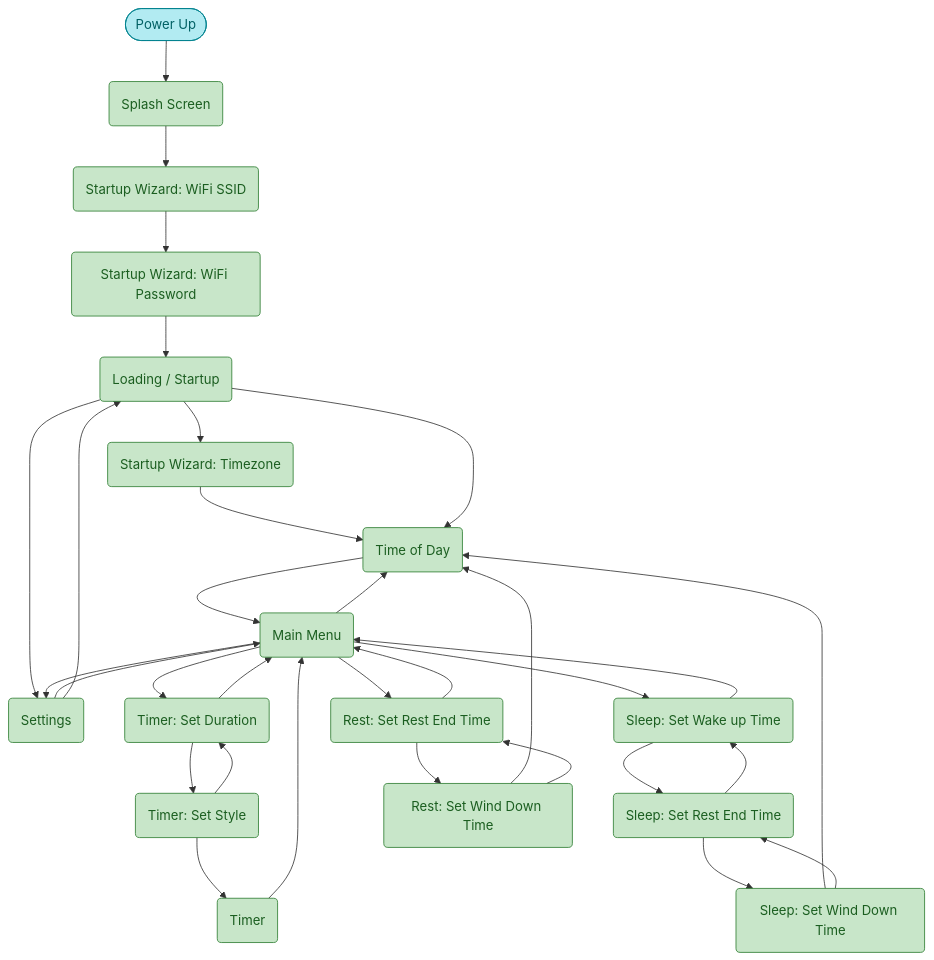
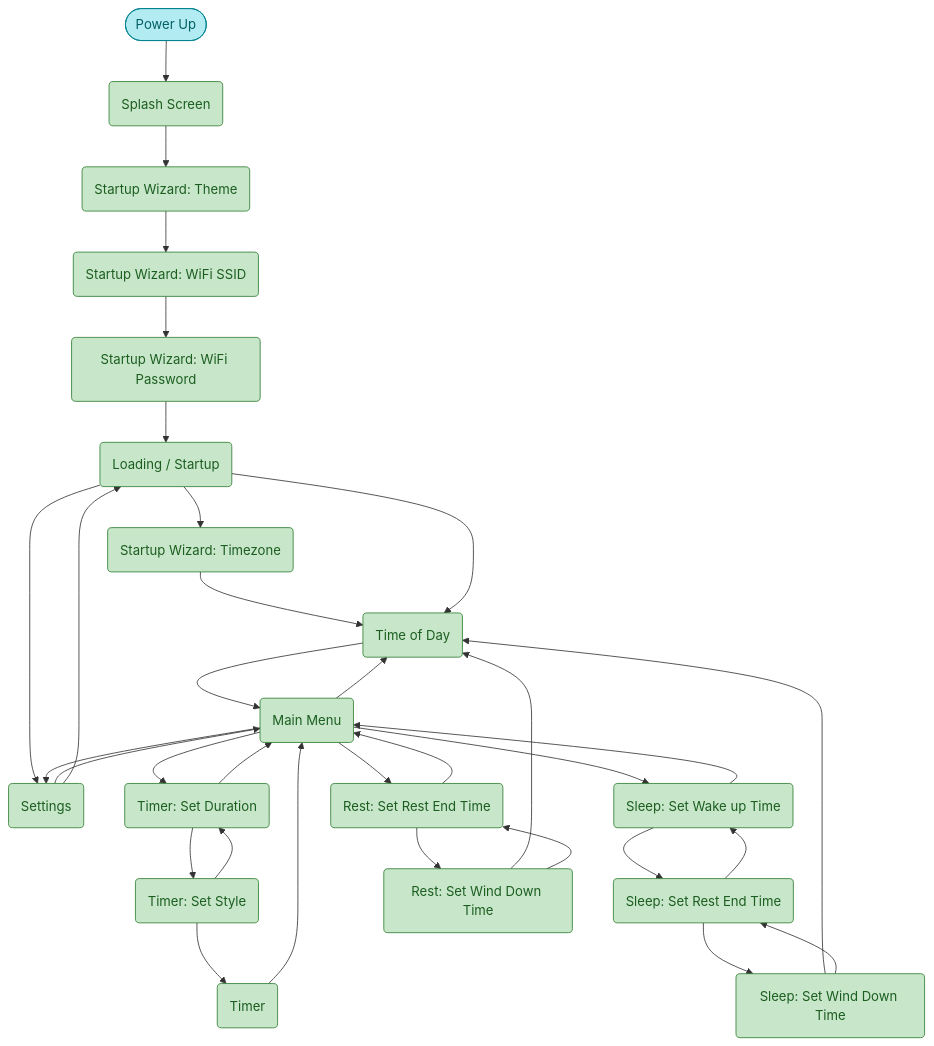
Before and after one commit to mattlat21/TimeDisk: the diagram in docs/screen_flow_simple.md, drawn with Mermaid. The commit also changed 16 other files, not shown here.

````diff
--- a/docs/screen_flow_simple.md
+++ b/docs/screen_flow_simple.md
@@ -5,62 +5,63 @@
 ```mermaid
 flowchart TB
     power_up([Power Up])
     splash("Splash Screen")
+    startup_wizard_theme("Startup Wizard: Theme")
     startup_wizard_ssid("Startup Wizard: WiFi SSID")
     startup_wizard_password("Startup Wizard: WiFi Password")
     startup_wizard_timezone("Startup Wizard: Timezone")
     loading("Loading / Startup")
     tod_bright("Time of Day")
     menu("Main Menu")
     settings("Settings")
     timer_duration("Timer: Set Duration")
     timer_style("Timer: Set Style")
     timer_bright("Timer")
     sleep_wake("Sleep: Set Wake up Time")
     sleep_rest_end("Sleep: Set Rest End Time")
     sleep_wind_down("Sleep: Set Wind Down Time")
     rest_end("Rest: Set Rest End Time")
     rest_wind_down("Rest: Set Wind Down Time")
 
-    %% Boot (WiFi/timezone wizards skipped when already configured in NVS)
-    power_up --> splash --> startup_wizard_ssid --> startup_wizard_password --> loading
+    %% Boot (theme/WiFi/timezone wizards skipped when already configured in NVS)
+    power_up --> splash --> startup_wizard_theme --> startup_wizard_ssid --> startup_wizard_password --> loading
     loading --> startup_wizard_timezone
     startup_wizard_timezone --> tod_bright
     loading --> tod_bright
     loading --> settings
 
     %% Time of day
     tod_bright --> menu
 
     %% Main menu
     menu --> settings
     menu --> tod_bright
     menu --> timer_duration
     menu --> sleep_wake
     menu --> rest_end
     settings --> menu
     settings --> loading
 
     %% Sleep setup
     sleep_wake --> sleep_rest_end --> sleep_wind_down --> tod_bright
     sleep_wake --> menu
     sleep_rest_end --> sleep_wake
     sleep_wind_down --> sleep_rest_end
 
     %% Rest setup
     rest_end --> rest_wind_down --> tod_bright
     rest_end --> menu
     rest_wind_down --> rest_end
 
     %% Timer
     timer_duration --> timer_style --> timer_bright
     timer_duration --> menu
     timer_style --> timer_duration
     timer_bright --> menu
 
     classDef screen fill:#c8e6c9,stroke:#2e7d32,color:#1b5e20
     classDef start fill:#b2ebf2,stroke:#00838f,color:#006064
 
-    class splash,startup_wizard_ssid,startup_wizard_password,startup_wizard_timezone,loading,tod_bright,menu,settings,timer_duration,timer_style,timer_bright,sleep_wake,sleep_rest_end,sleep_wind_down,rest_end,rest_wind_down screen
+    class splash,startup_wizard_theme,startup_wizard_ssid,startup_wizard_password,startup_wizard_timezone,loading,tod_bright,menu,settings,timer_duration,timer_style,timer_bright,sleep_wake,sleep_rest_end,sleep_wind_down,rest_end,rest_wind_down screen
     class power_up start
 ```
````
